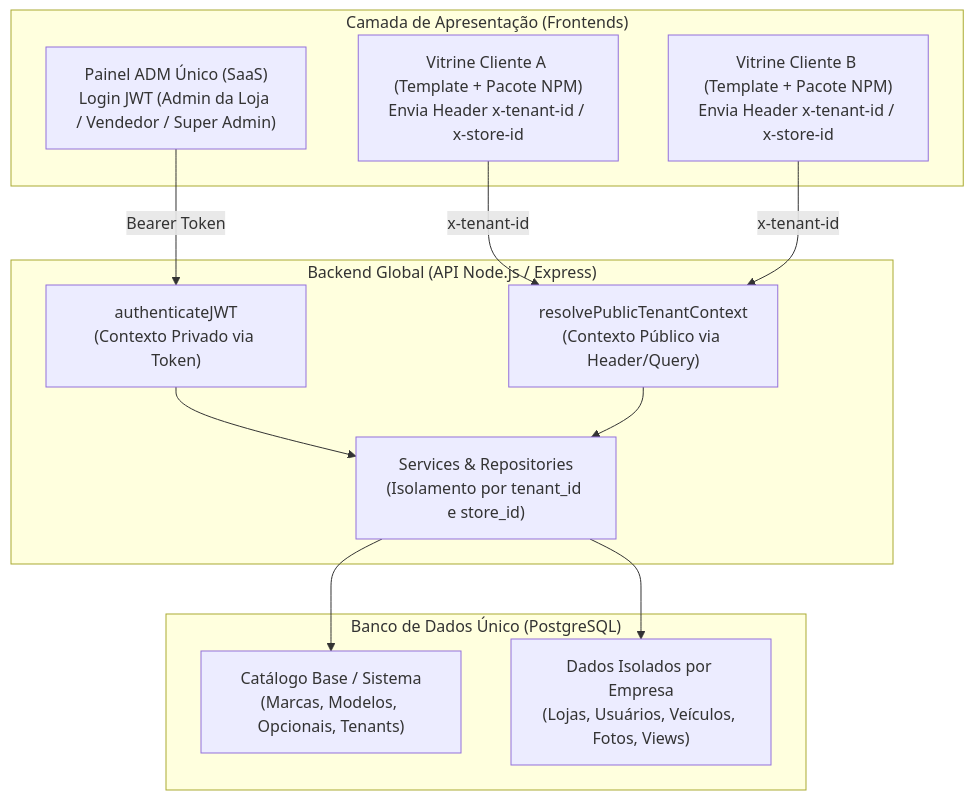
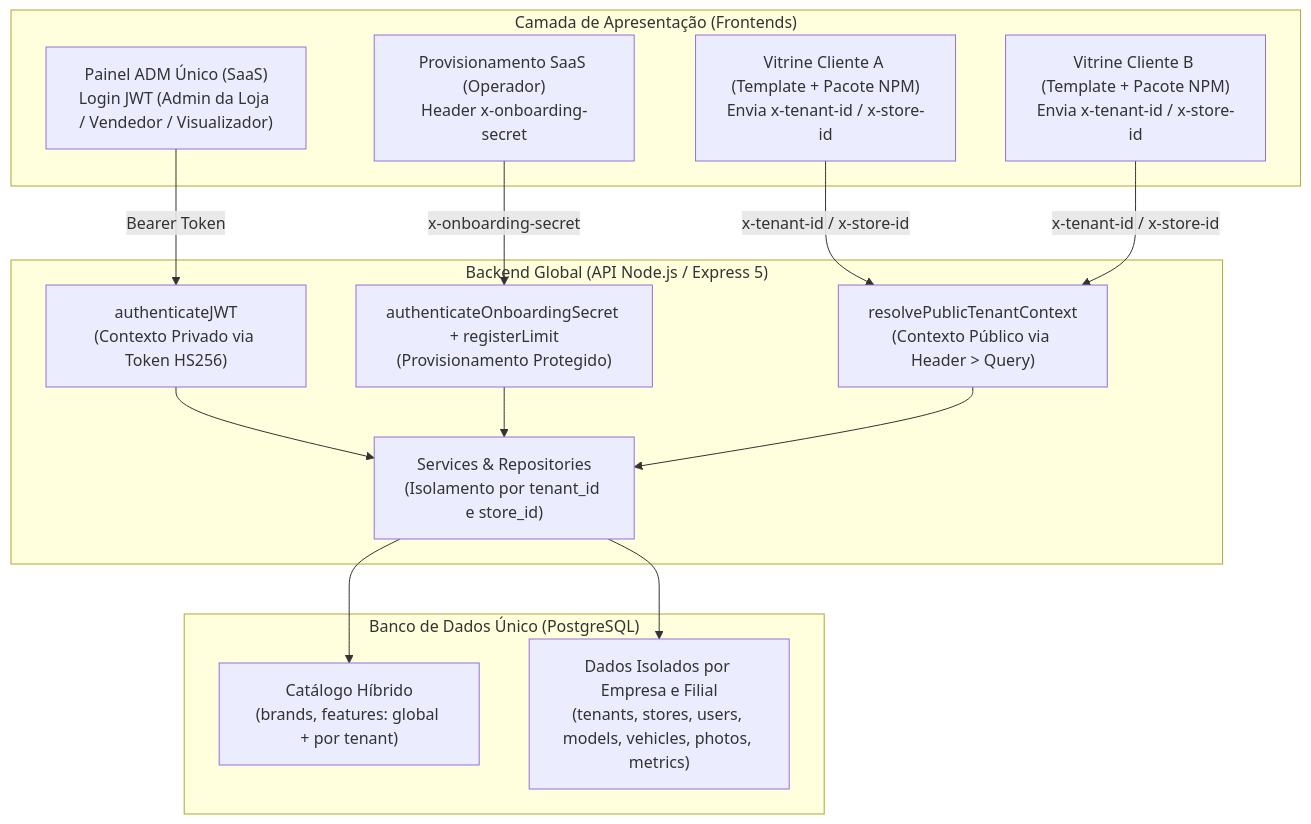
The first of 2 diagrams in Docs/arquitetura-ecossistema.md (RaulDoug/back-end-site-garagem), drawn with Mermaid before and after one commit. The commit also changed other lines of this file and 7 other files, not shown here.

````diff
--- a/Docs/arquitetura-ecossistema.md
+++ b/Docs/arquitetura-ecossistema.md
@@ -9,26 +9,30 @@
 ```mermaid
 flowchart TD
     subgraph Frontends["Camada de Apresentação (Frontends)"]
-        ADM["Painel ADM Único (SaaS)\nLogin JWT (Admin da Loja / Vendedor / Super Admin)"]
-        VitrineA["Vitrine Cliente A (Template + Pacote NPM)\nEnvia Header x-tenant-id / x-store-id"]
-        VitrineB["Vitrine Cliente B (Template + Pacote NPM)\nEnvia Header x-tenant-id / x-store-id"]
+        ADM["Painel ADM Único (SaaS)\nLogin JWT (Admin da Loja / Vendedor / Visualizador)"]
+        Ops["Provisionamento SaaS (Operador)\nHeader x-onboarding-secret"]
+        VitrineA["Vitrine Cliente A (Template + Pacote NPM)\nEnvia x-tenant-id / x-store-id"]
+        VitrineB["Vitrine Cliente B (Template + Pacote NPM)\nEnvia x-tenant-id / x-store-id"]
     end
 
-    subgraph Backend["Backend Global (API Node.js / Express)"]
-        AuthMW["authenticateJWT\n(Contexto Privado via Token)"]
-        TenantMW["resolvePublicTenantContext\n(Contexto Público via Header/Query)"]
+    subgraph Backend["Backend Global (API Node.js / Express 5)"]
+        AuthMW["authenticateJWT\n(Contexto Privado via Token HS256)"]
+        OnboardMW["authenticateOnboardingSecret + registerLimit\n(Provisionamento Protegido)"]
+        TenantMW["resolvePublicTenantContext\n(Contexto Público via Header > Query)"]
         Services["Services & Repositories\n(Isolamento por tenant_id e store_id)"]
     end
 
     subgraph Database["Banco de Dados Único (PostgreSQL)"]
-        GlobalTables["Catálogo Base / Sistema\n(Marcas, Modelos, Opcionais, Tenants)"]
-        TenantTables["Dados Isolados por Empresa\n(Lojas, Usuários, Veículos, Fotos, Views)"]
+        HybridTables["Catálogo Híbrido\n(brands, features: global + por tenant)"]
+        TenantTables["Dados Isolados por Empresa e Filial\n(tenants, stores, users, models, vehicles, photos, metrics)"]
     end
 
     ADM -->|Bearer Token| AuthMW
-    VitrineA -->|x-tenant-id| TenantMW
-    VitrineB -->|x-tenant-id| TenantMW
+    Ops -->|x-onboarding-secret| OnboardMW
+    VitrineA -->|x-tenant-id / x-store-id| TenantMW
+    VitrineB -->|x-tenant-id / x-store-id| TenantMW
     AuthMW --> Services
+    OnboardMW --> Services
     TenantMW --> Services
-    Services --> GlobalTables & TenantTables
+    Services --> HybridTables & TenantTables
 ```
````
